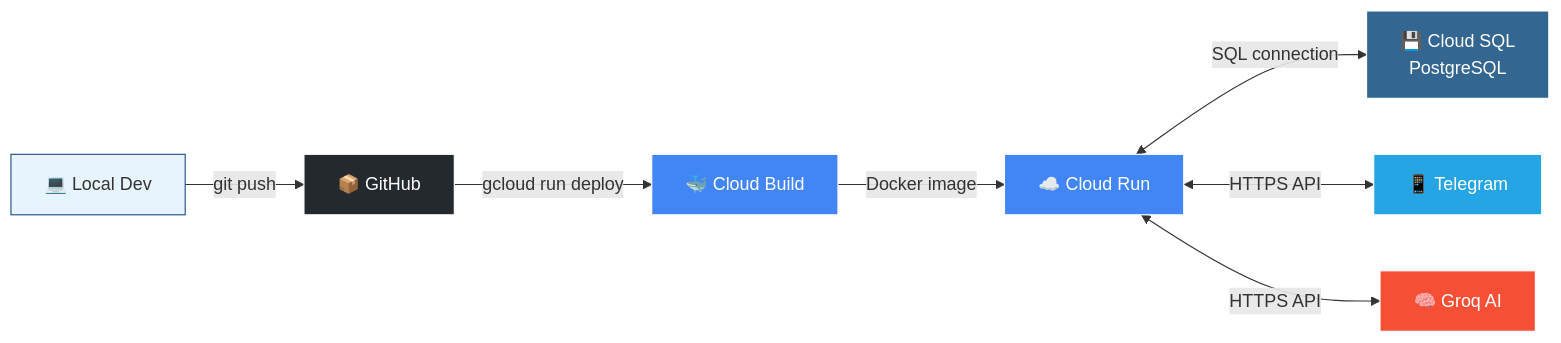
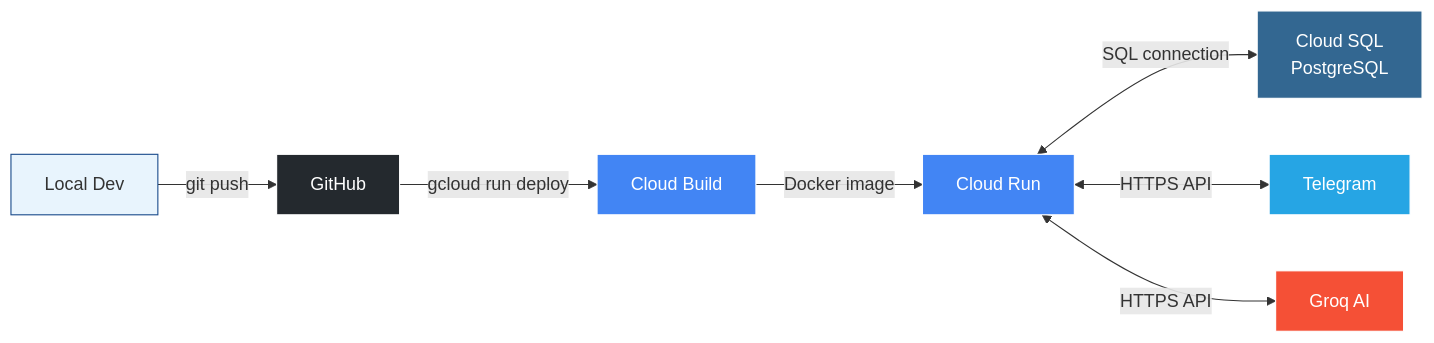
The seventh of 7 diagrams in README.md (Sulthonikamalm/cloudtubes-gonanku), drawn with Mermaid before and after one commit. The commit also changed other lines of this file, not shown here.

````diff
--- a/README.md
+++ b/README.md
@@ -506,17 +506,17 @@
 ```mermaid
 graph LR
-    A["💻 Local Dev"] -->|"git push"| B["📦 GitHub"]
-    B -->|"gcloud run deploy"| C["🐳 Cloud Build"]
-    C -->|"Docker image"| D["☁️ Cloud Run"]
-    D <-->|"SQL connection"| E["💾 Cloud SQL<br/>PostgreSQL"]
-    D <-->|"HTTPS API"| F["📱 Telegram"]
-    D <-->|"HTTPS API"| G["🧠 Groq AI"]
+    A["Local Dev"] -->|"git push"| B["GitHub"]
+    B -->|"gcloud run deploy"| C["Cloud Build"]
+    C -->|"Docker image"| D["Cloud Run"]
+    D <-->|"SQL connection"| E["Cloud SQL<br/>PostgreSQL"]
+    D <-->|"HTTPS API"| F["Telegram"]
+    D <-->|"HTTPS API"| G["Groq AI"]
 
     style A fill:#E8F4FD,stroke:#1C4D8D
     style B fill:#24292E,stroke:#fff,color:#fff
     style C fill:#4285F4,stroke:#fff,color:#fff
     style D fill:#4285F4,stroke:#fff,color:#fff
     style E fill:#336791,stroke:#fff,color:#fff
     style F fill:#26A5E4,stroke:#fff,color:#fff
     style G fill:#F55036,stroke:#fff,color:#fff
 ```
````
